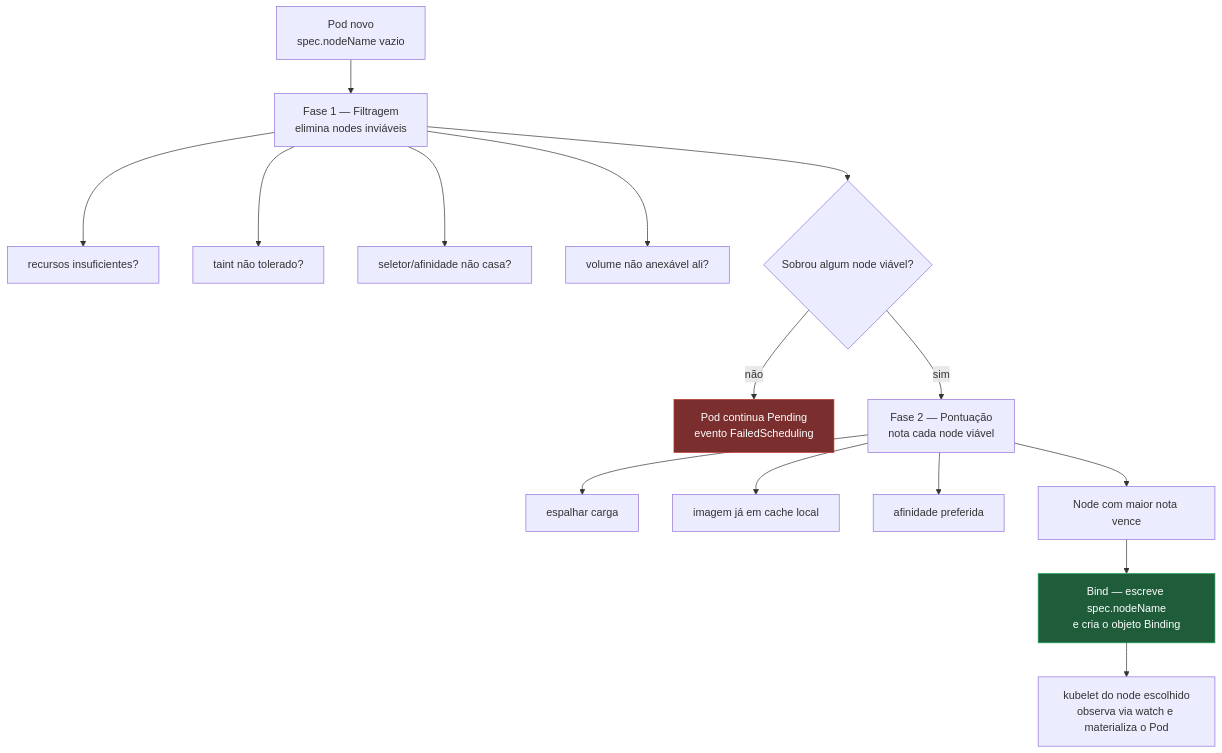
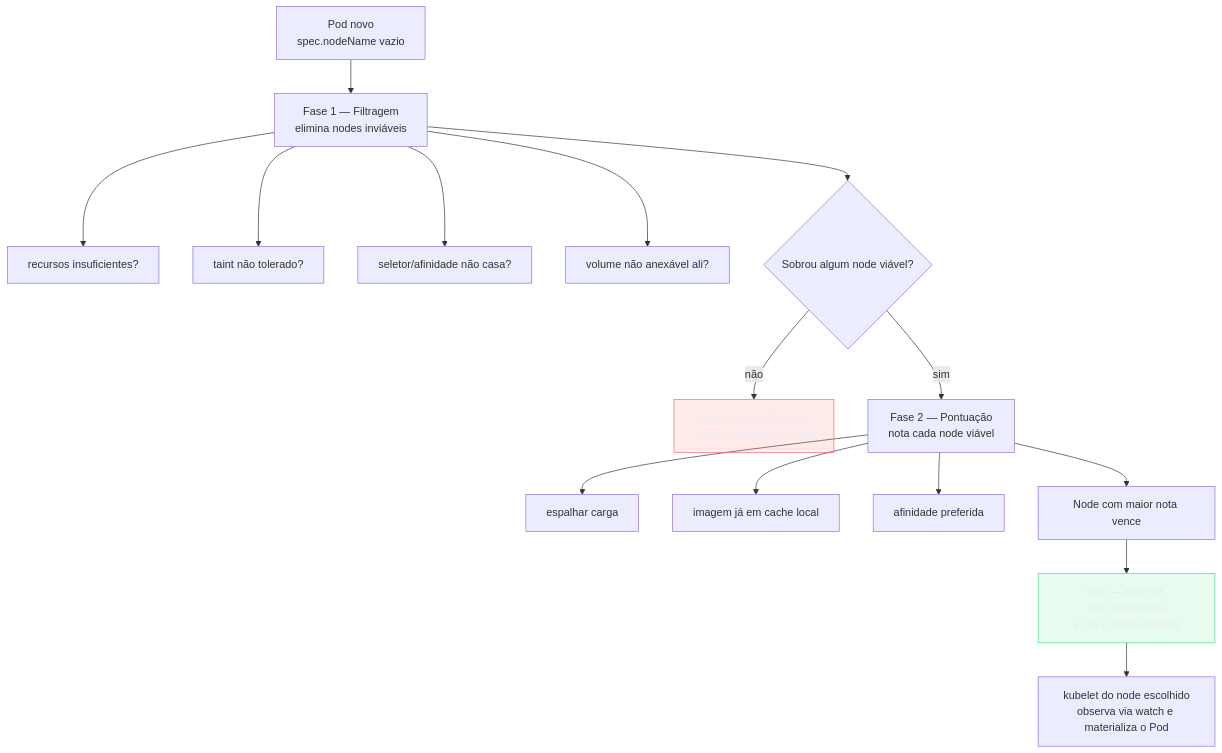
The first of 3 diagrams in 03-Dominios/Tecnologia/Infraestrutura/Kubernetes/12 - Scheduling.md (josenaldo/codex-technomanticus), drawn with Mermaid before and after one commit. The commit also changed other lines of this file and 1181 other files, not shown here.

First line of the commit message:
fix(diagramas): paleta do sistema no lugar de cor cravada no markdown

````diff
--- a/03-Dominios/Tecnologia/Infraestrutura/Kubernetes/12 - Scheduling.md
+++ b/03-Dominios/Tecnologia/Infraestrutura/Kubernetes/12 - Scheduling.md
@@ -33,20 +33,22 @@
 ```mermaid
 graph TB
+    classDef falha fill:#FF6B6B24,stroke:#FF6B6B,color:#E9ECF2
+    classDef ok fill:#4ADE8021,stroke:#4ADE80,color:#E9ECF2
     P["Pod novo<br/>spec.nodeName vazio"] --> F["Fase 1 — Filtragem<br/>elimina nodes inviáveis"]
     F --> F1["recursos insuficientes?"]
     F --> F2["taint não tolerado?"]
     F --> F3["seletor/afinidade não casa?"]
     F --> F4["volume não anexável ali?"]
     F --> N{"Sobrou algum node viável?"}
     N -->|"não"| PEND["Pod continua Pending<br/>evento FailedScheduling"]
     N -->|"sim"| S["Fase 2 — Pontuação<br/>nota cada node viável"]
     S --> S1["espalhar carga"]
     S --> S2["imagem já em cache local"]
     S --> S3["afinidade preferida"]
     S --> W["Node com maior nota vence"]
     W --> B["Bind — escreve spec.nodeName<br/>e cria o objeto Binding"]
     B --> K["kubelet do node escolhido<br/>observa via watch e materializa o Pod"]
 
-    style PEND fill:#7a2e2e,stroke:#c0392b,color:#fff
-    style B fill:#1e5c3a,stroke:#27ae60,color:#fff
+    class PEND falha
+    class B ok
 ```
````
